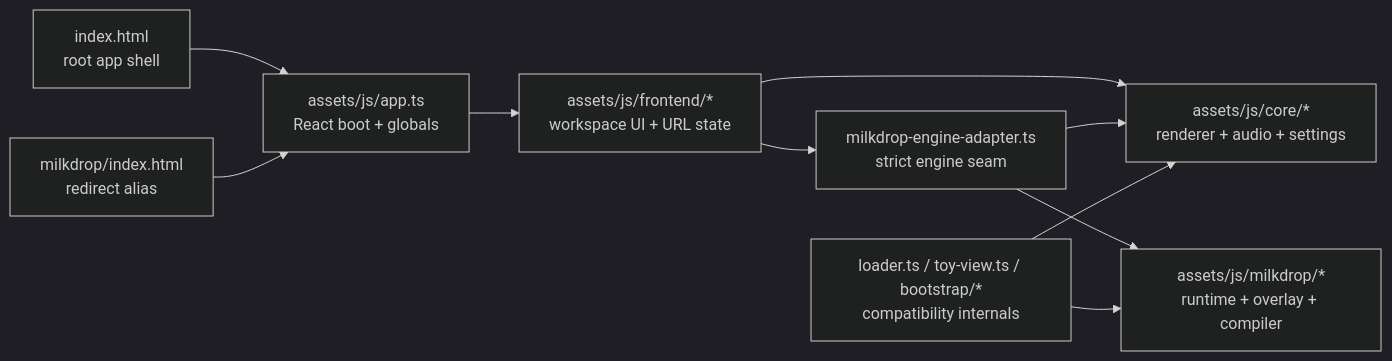
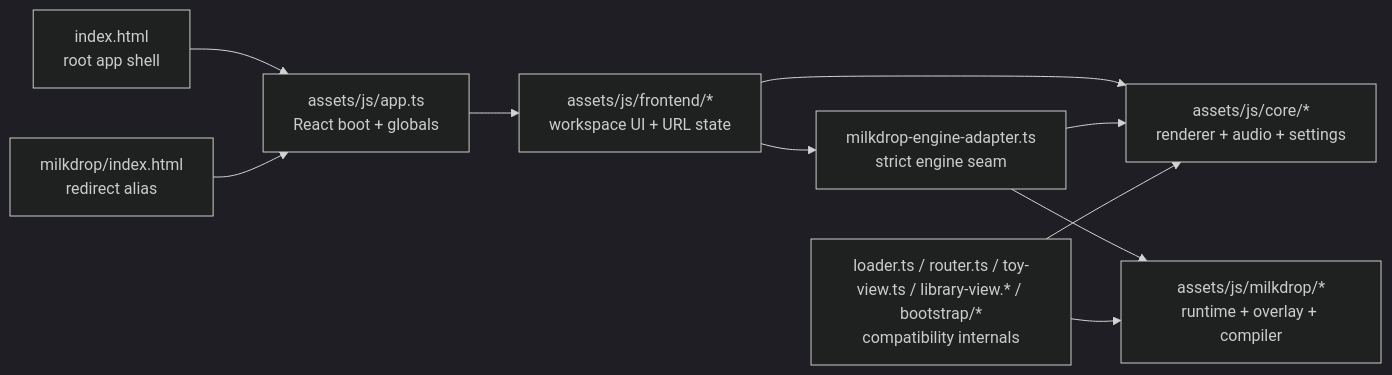
The diagram in docs/ARCHITECTURE.md (zz-plant/stims), drawn with Mermaid (dark theme) before and after one commit. The commit also changed other lines of this file and 10 other files, not shown here.

Commit message:
Clarify frontend architecture and legacy test boundaries

````diff
--- a/docs/ARCHITECTURE.md
+++ b/docs/ARCHITECTURE.md
@@ -16,21 +16,21 @@
 ```mermaid
 flowchart LR
   Entry["index.html<br/>root app shell"]
   Alias["milkdrop/index.html<br/>redirect alias"]
   App["assets/js/app.ts<br/>React boot + globals"]
   Frontend["assets/js/frontend/*<br/>workspace UI + URL state"]
   Adapter["milkdrop-engine-adapter.ts<br/>strict engine seam"]
   Core["assets/js/core/*<br/>renderer + audio + settings"]
   Milkdrop["assets/js/milkdrop/*<br/>runtime + overlay + compiler"]
-  Legacy["loader.ts / toy-view.ts / bootstrap/*<br/>compatibility internals"]
+  Legacy["loader.ts / router.ts / toy-view.ts / library-view.* / bootstrap/*<br/>compatibility internals"]
 
   Entry --> App
   Alias --> App
   App --> Frontend
   Frontend --> Adapter
   Frontend --> Core
   Adapter --> Core
   Adapter --> Milkdrop
   Legacy --> Core
   Legacy --> Milkdrop
 ```
````
